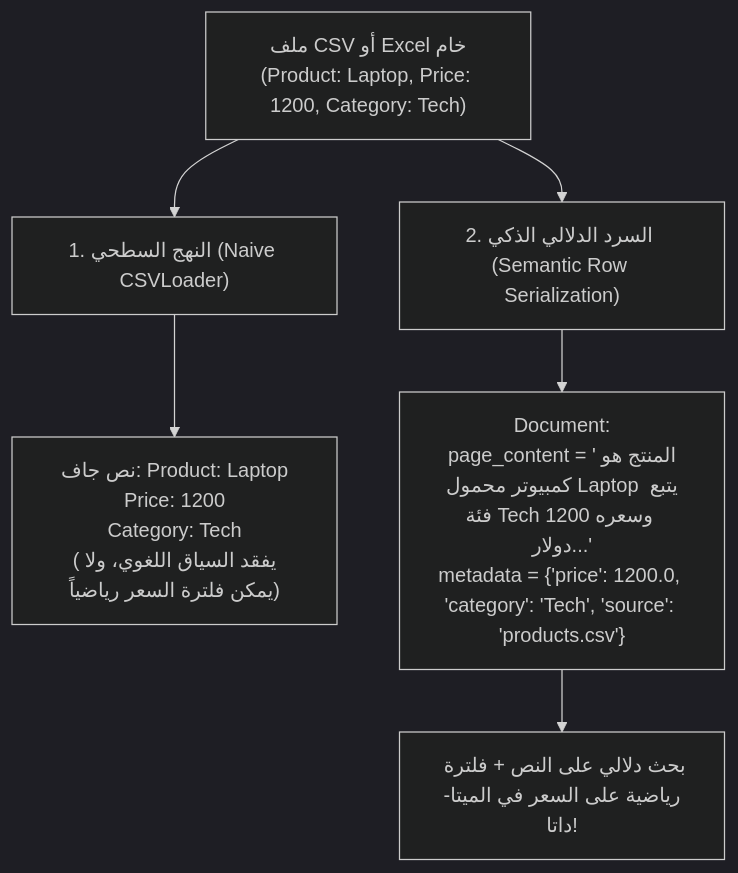
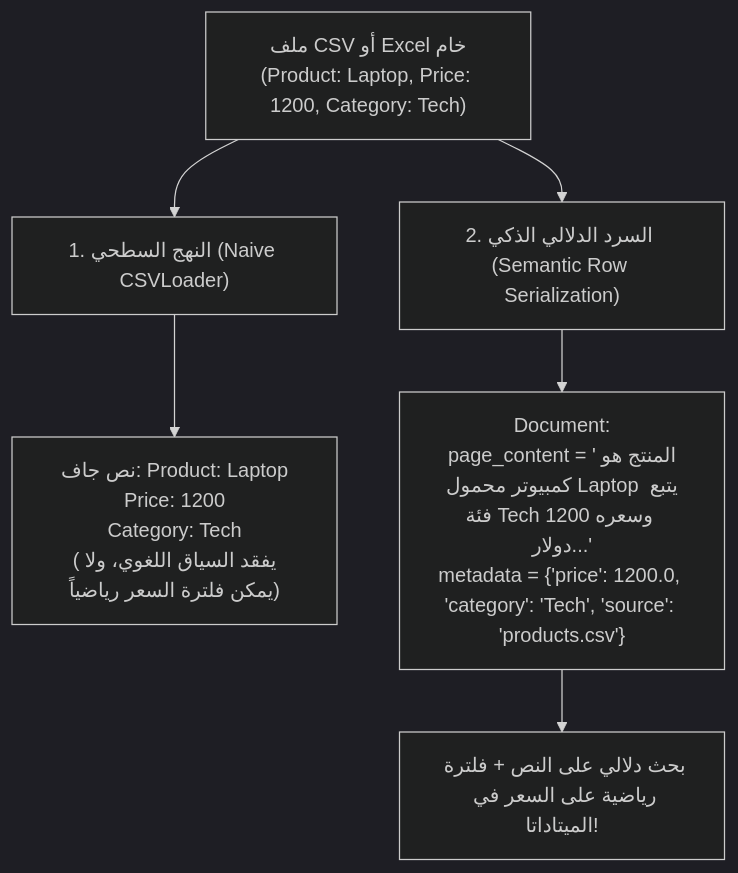
The diagram in docs/01-ingestion/08-csv-excel.md (ali-abofouda/RAG-Mastery), drawn with Mermaid (dark theme) before and after one commit. The commit also changed other lines of this file and 10 other files, not shown here.

````diff
--- a/docs/01-ingestion/08-csv-excel.md
+++ b/docs/01-ingestion/08-csv-excel.md
@@ -9,13 +10,13 @@
 ```mermaid
 flowchart TD
     RawCSV["ملف CSV أو Excel خام<br/>(Product: Laptop, Price: 1200, Category: Tech)"]
     
     RawCSV --> Approach1["1. النهج السطحي (Naive CSVLoader)"]
     RawCSV --> Approach2["2. السرد الدلالي الذكي (Semantic Row Serialization)"]
     
     Approach1 --> FlatStr["نص جاف: Product: Laptop\nPrice: 1200\nCategory: Tech<br/>(يفقد السياق اللغوي، ولا يمكن فلترة السعر رياضياً)"]
     
     Approach2 --> SmartDoc["Document:<br/>page_content = 'المنتج هو كمبيوتر محمول Laptop يتبع فئة Tech وسعره 1200 دولار...'<br/>metadata = {'price': 1200.0, 'category': 'Tech', 'source': 'products.csv'}"]
     
-    SmartDoc --> HybridSearch["بحث دلالي على النص + فلترة رياضية على السعر في الميتا-داتا!"]
+    SmartDoc --> HybridSearch["بحث دلالي على النص + فلترة رياضية على السعر في الميتاداتا!"]
 ```
````
